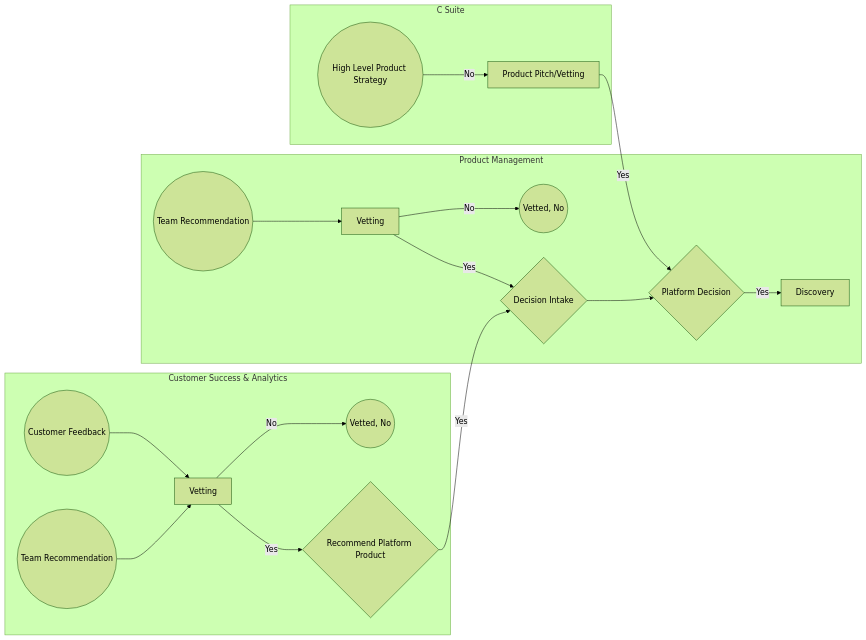
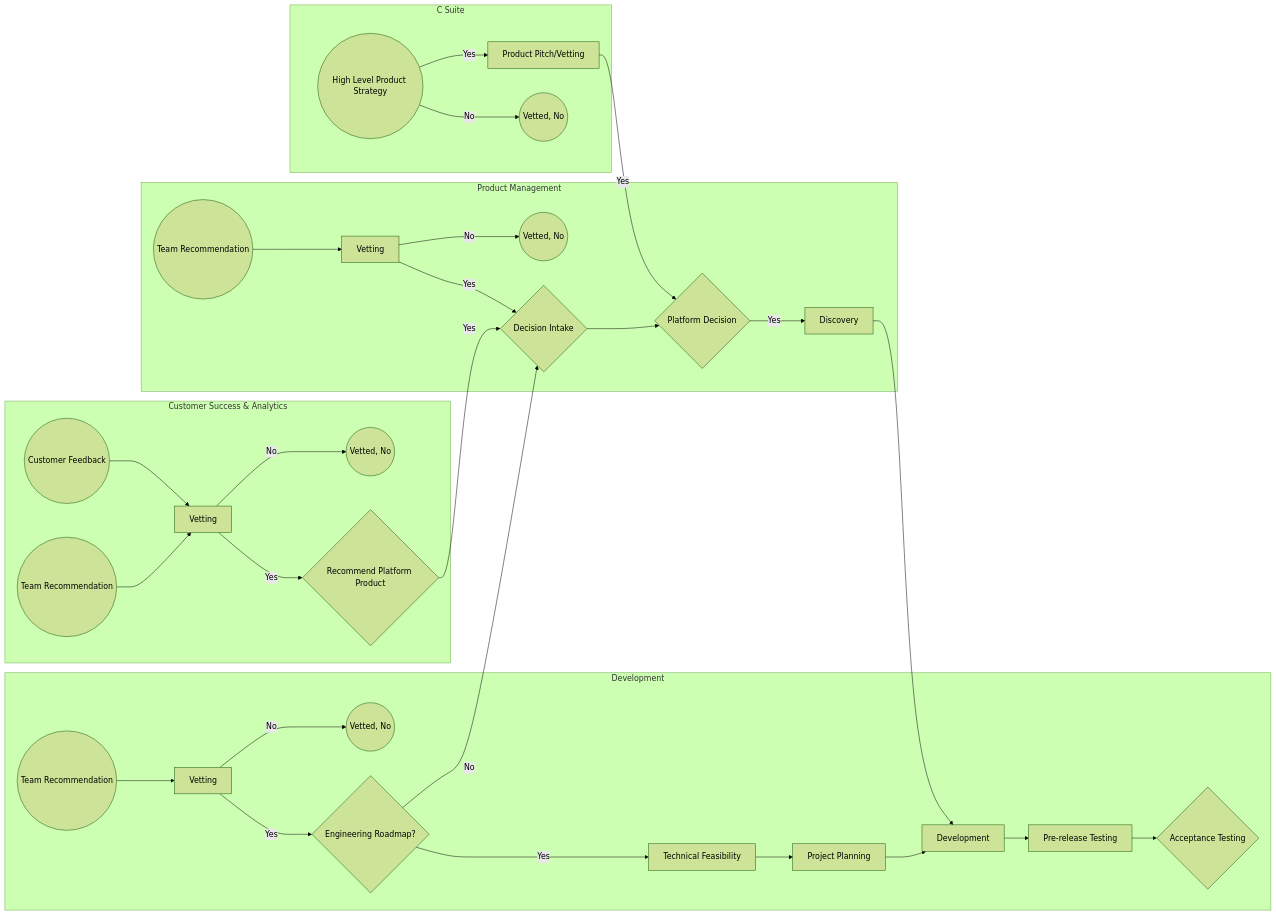
One commit to JaimieLD/portfolio changed the diagram in in_progress_documentation/sdlc.md. Above: the diagram before and after it, drawn with Mermaid (forest theme). The commit also changed other lines of this file, not shown here.

Commit message:
Update sdlc.md
Continued to build out Mermaid flowchart and added Notes section with additional context

````diff
--- a/in_progress_documentation/sdlc.md
+++ b/in_progress_documentation/sdlc.md
@@ -3,42 +3,67 @@
 ```mermaid
 
 flowchart LR
 
 subgraph C Suite
 id01((High Level Product Strategy))
 id04[Product Pitch/Vetting]
+id14((Vetted, No))
 end
 
-id01 --"No"--> id04
+id01 --"No"--> id14
+id01 --"Yes"--> id04
 id04 --"Yes"--> id12
 
 subgraph Customer Success & Analytics
 id02((Customer Feedback))
 id03((Team Recommendation))
 id05[Vetting]
 id06((Vetted, No))
 id07{Recommend Platform Product}
 end
 
 id02 --> id05
 id03 --> id05
 id05 --"No"--> id06
 id05 --"Yes"--> id07
 
 subgraph Product Management
 id08((Team Recommendation))
 id09[Vetting]
 id10((Vetted, No))
 id11{Decision Intake}
 id12{Platform Decision}
 id13[Discovery]
 end
 
 id08 --> id09
 id09 --"No"--> id10
 id09 --"Yes"--> id11
 id07 --"Yes"--> id11
 id11 --> id12
 id12 --"Yes"--> id13
+id13 --> id21
+
+subgraph Development
+id15((Team Recommendation))
+id16[Vetting]
+id17((Vetted, No))
+id18{Engineering Roadmap?}
+id19[Technical Feasibility]
+id20[Project Planning]
+id21[Development]
+id22[Pre-release Testing]
+id23{Acceptance Testing}
+end
+
+id15 --> id16
+id16 --"No"--> id17
+id16 --"Yes"--> id18
+id18 --"No"--> id11
+id18 --"Yes"--> id19
+id19 --> id20
+id20 --> id21
+id21 --> id22
+id22 --> id23
 
 ```
````
